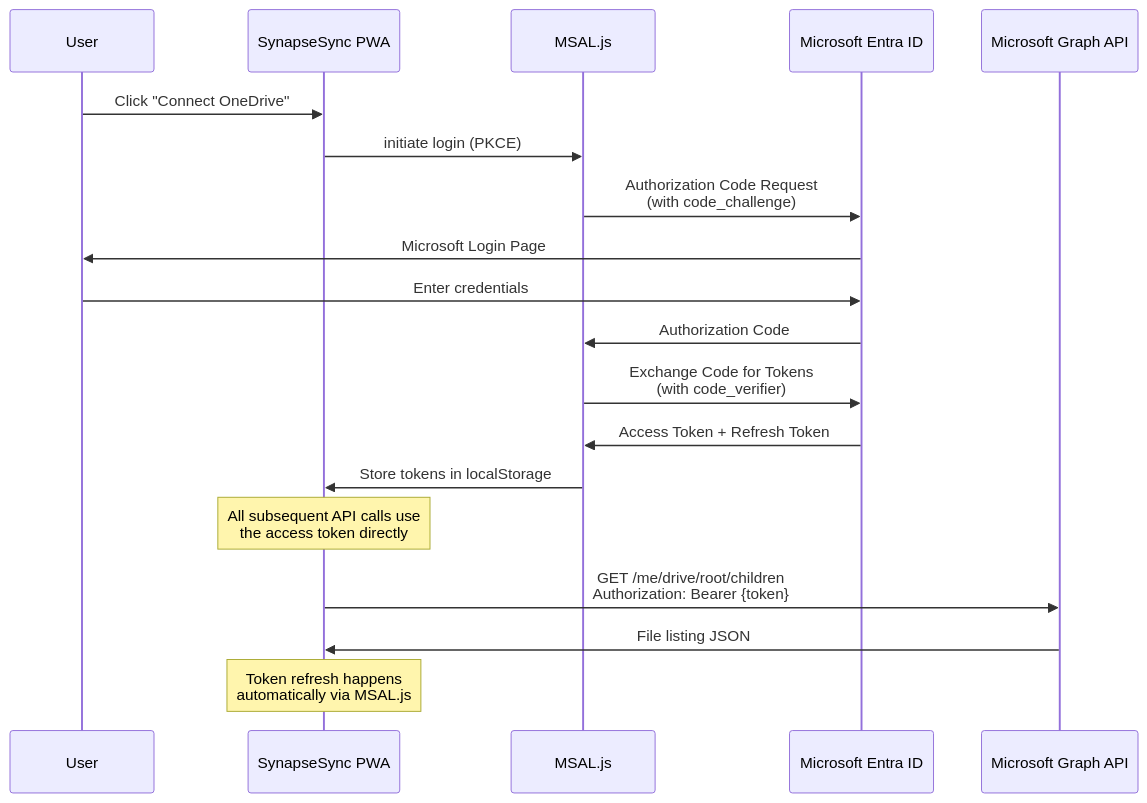
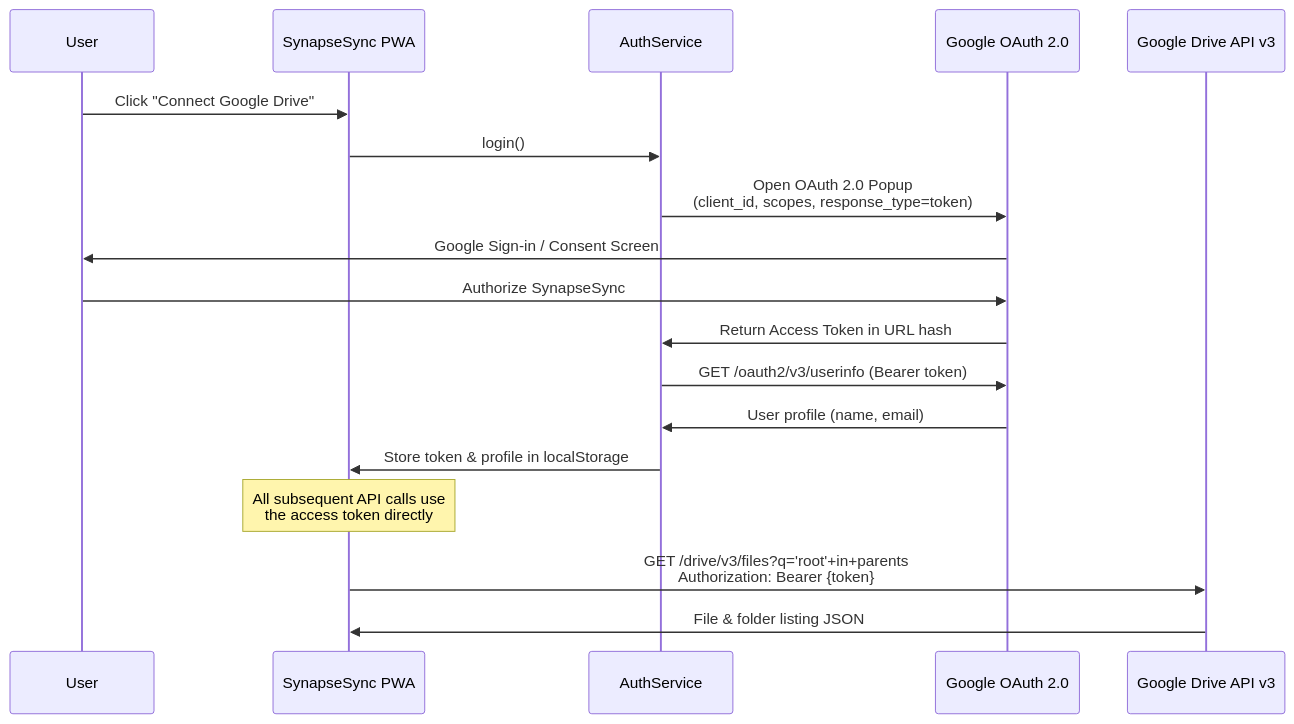
One commit to Strider221B/synapse-sync changed the fifth of 8 diagrams in documentation/design/high_level/02_system_architecture.md. Above: the diagram before and after it, drawn with Mermaid. The commit also changed other lines of this file and 5 other files, not shown here.

````diff
--- a/documentation/design/high_level/02_system_architecture.md
+++ b/documentation/design/high_level/02_system_architecture.md
@@ -257,25 +257,23 @@
 ```mermaid
 sequenceDiagram
     participant User
     participant PWA as SynapseSync PWA
-    participant MSAL as MSAL.js
-    participant Entra as Microsoft Entra ID
-    participant Graph as Microsoft Graph API
+    participant Auth as AuthService
+    participant Google as Google OAuth 2.0
+    participant Drive as Google Drive API v3
 
-    User->>PWA: Click "Connect OneDrive"
-    PWA->>MSAL: initiate login (PKCE)
-    MSAL->>Entra: Authorization Code Request<br/>(with code_challenge)
-    Entra->>User: Microsoft Login Page
-    User->>Entra: Enter credentials
-    Entra->>MSAL: Authorization Code
-    MSAL->>Entra: Exchange Code for Tokens<br/>(with code_verifier)
-    Entra->>MSAL: Access Token + Refresh Token
-    MSAL->>PWA: Store tokens in localStorage
+    User->>PWA: Click "Connect Google Drive"
+    PWA->>Auth: login()
+    Auth->>Google: Open OAuth 2.0 Popup<br/>(client_id, scopes, response_type=token)
+    Google->>User: Google Sign-in / Consent Screen
+    User->>Google: Authorize SynapseSync
+    Google->>Auth: Return Access Token in URL hash
+    Auth->>Google: GET /oauth2/v3/userinfo (Bearer token)
+    Google->>Auth: User profile (name, email)
+    Auth->>PWA: Store token & profile in localStorage
 
     Note over PWA: All subsequent API calls use<br/>the access token directly
 
-    PWA->>Graph: GET /me/drive/root/children<br/>Authorization: Bearer {token}
-    Graph->>PWA: File listing JSON
-
-    Note over PWA: Token refresh happens<br/>automatically via MSAL.js
+    PWA->>Drive: GET /drive/v3/files?q='root'+in+parents<br/>Authorization: Bearer {token}
+    Drive->>PWA: File & folder listing JSON
 ```
````
